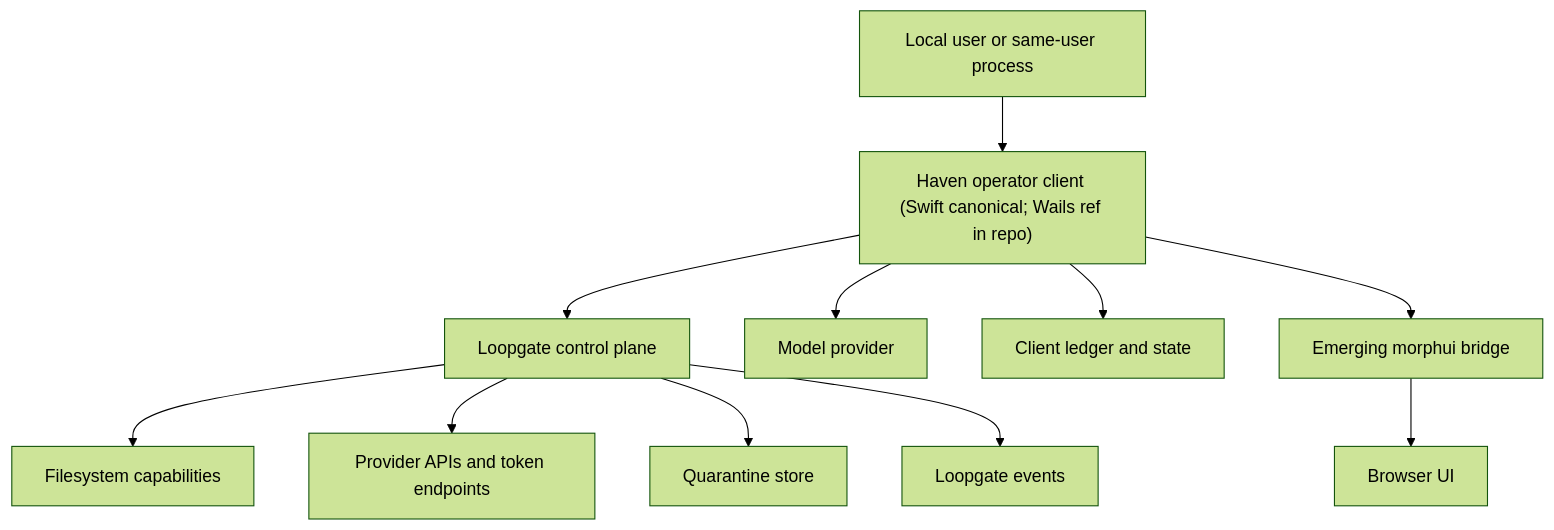
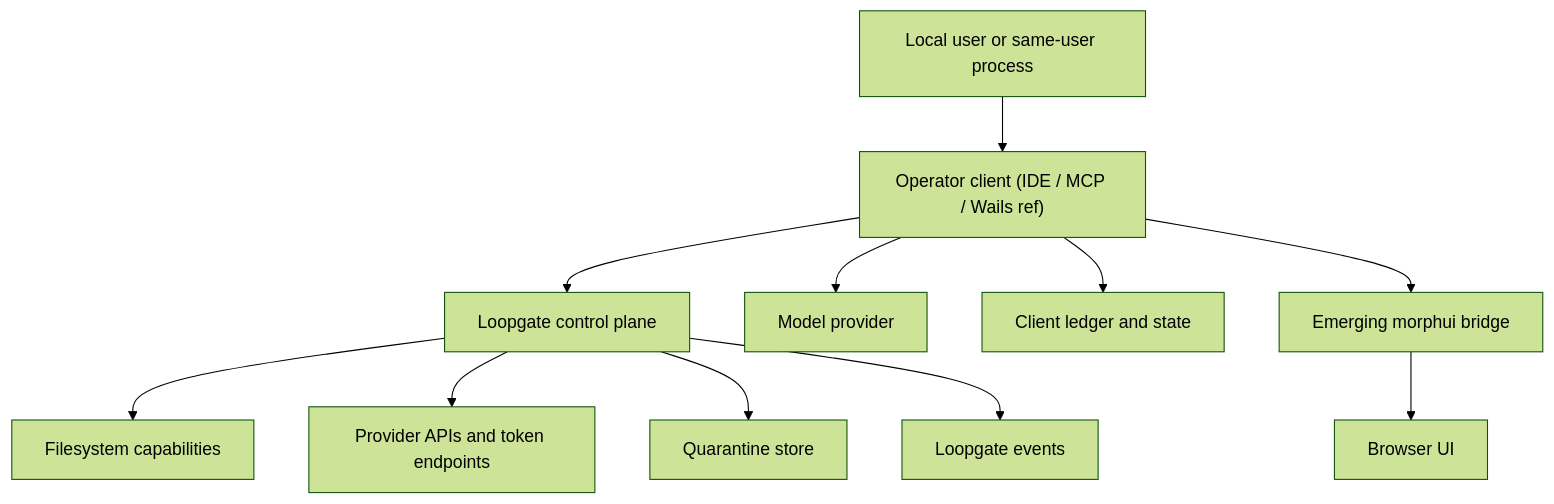
One commit to loop-root/loopgate changed the diagram in docs/loopgate-threat-model.md. Above: the diagram before and after it, drawn with Mermaid (forest theme). The commit also changed other lines of this file and 148 other files, not shown here.

````diff
--- a/docs/loopgate-threat-model.md
+++ b/docs/loopgate-threat-model.md
@@ -97,13 +96,13 @@
 ```mermaid
 flowchart TD
-  User["Local user or same-user process"] --> Haven["Haven operator client (Swift canonical; Wails ref in repo)"]
-  Haven --> Loopgate["Loopgate control plane"]
-  Haven --> Model["Model provider"]
+  User["Local user or same-user process"] --> Client["Operator client (IDE / MCP / Wails ref)"]
+  Client --> Loopgate["Loopgate control plane"]
+  Client --> Model["Model provider"]
   Loopgate --> Files["Filesystem capabilities"]
   Loopgate --> Provider["Provider APIs and token endpoints"]
   Loopgate --> Quarantine["Quarantine store"]
-  Haven --> Ledger["Client ledger and state"]
+  Client --> Ledger["Client ledger and state"]
   Loopgate --> Audit["Loopgate events"]
-  Haven --> Bridge["Emerging morphui bridge"]
+  Client --> Bridge["Emerging morphui bridge"]
   Bridge --> Browser["Browser UI"]
 ```
````
